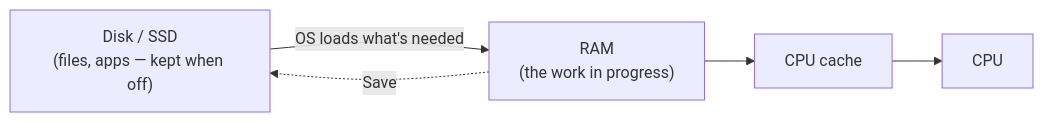
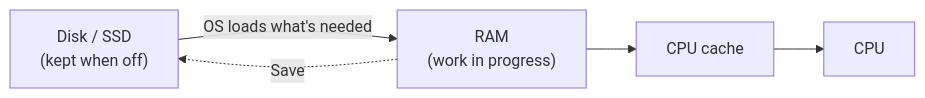
Before and after one commit to sathsure/Tech-Mastery-Hub: the second of 3 diagrams in interview/under-the-hood/12-CPU-RAM-Boot-and-Files.md, drawn with Mermaid. The commit also changed other lines of this file and 69 other files, not shown here.

````diff
--- a/interview/under-the-hood/12-CPU-RAM-Boot-and-Files.md
+++ b/interview/under-the-hood/12-CPU-RAM-Boot-and-Files.md
@@ -74,6 +91,6 @@
 ```mermaid
 flowchart LR
-  D["Disk / SSD<br/>(files, apps — kept when off)"] -->|"OS loads what's needed"| R["RAM<br/>(the work in progress)"]
+  D["Disk / SSD<br/>(kept when off)"] -->|"OS loads what's needed"| R["RAM<br/>(work in progress)"]
   R --> C["CPU cache"] --> P["CPU"]
   R -.->|"Save"| D
 ```
````
